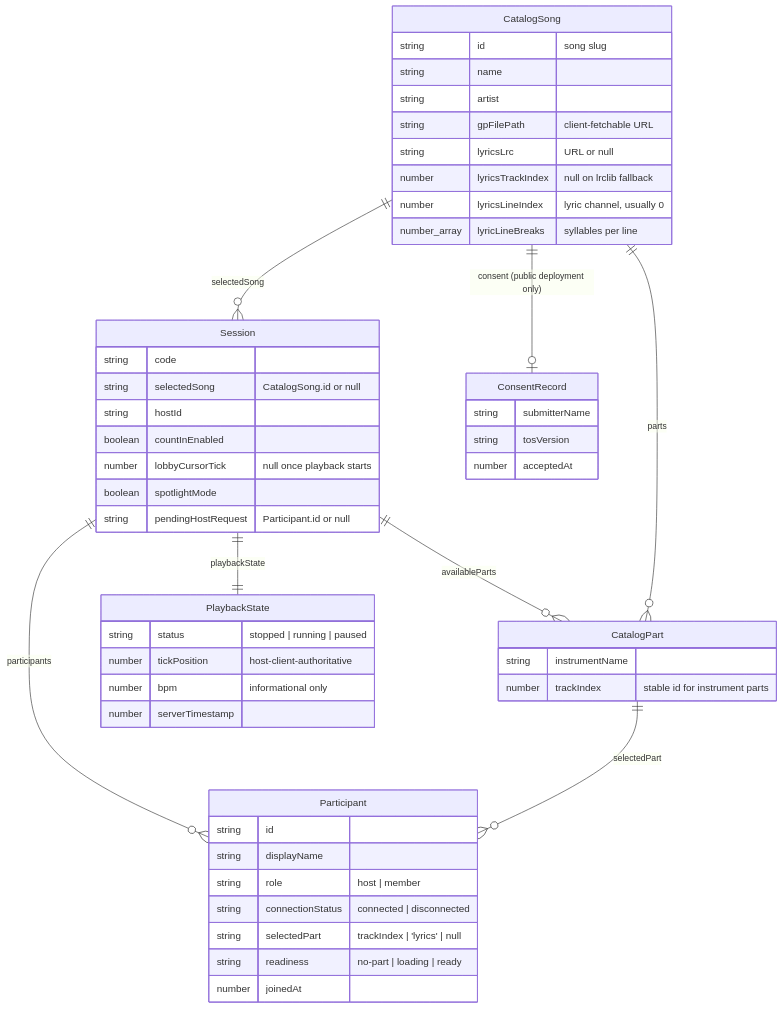
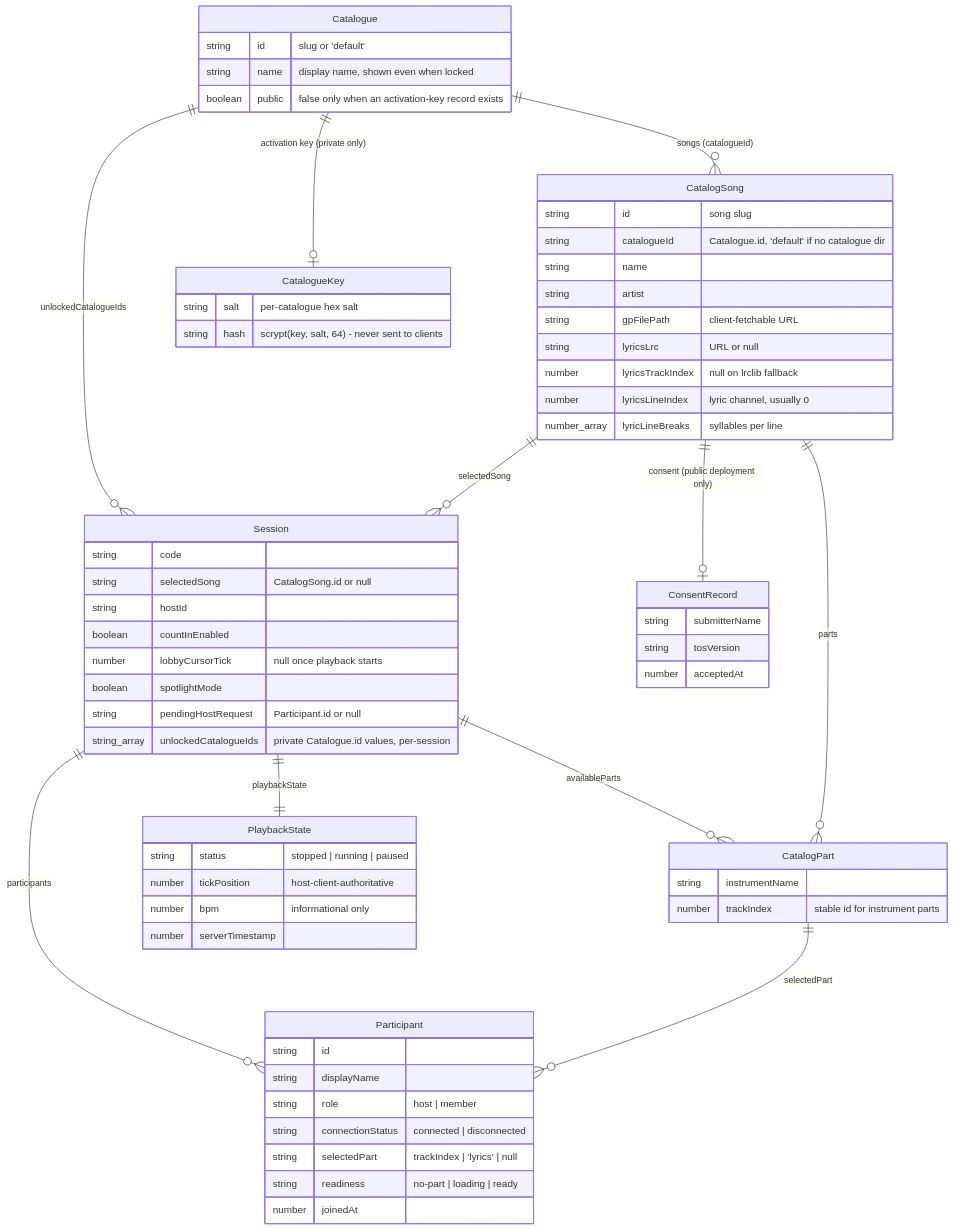
The first of 3 diagrams in README.md (kinda-bad/sync-tab-scroll), drawn with Mermaid before and after one commit. The commit also changed other lines of this file and 3 other files, not shown here.

First line of the commit message:
docs(readme): re-render datamodel/infrastructure/ui diagrams for catalogue access

````diff
--- a/README.md
+++ b/README.md
@@ -187,59 +187,75 @@
 ```mermaid
 erDiagram
+    Catalogue ||--o{ CatalogSong : "songs (catalogueId)"
+    Catalogue ||--o| CatalogueKey : "activation key (private only)"
+    Catalogue ||--o{ Session : "unlockedCatalogueIds"
     Session ||--o{ Participant : "participants"
     Session ||--o{ CatalogPart : "availableParts"
     Session ||--|| PlaybackState : "playbackState"
     CatalogSong ||--o{ CatalogPart : "parts"
     CatalogSong ||--o{ Session : "selectedSong"
     CatalogPart ||--o{ Participant : "selectedPart"
     CatalogSong ||--o| ConsentRecord : "consent (public deployment only)"
+
+    Catalogue {
+        string id "slug or 'default'"
+        string name "display name, shown even when locked"
+        boolean public "false only when an activation-key record exists"
+    }
+
+    CatalogueKey {
+        string salt "per-catalogue hex salt"
+        string hash "scrypt(key, salt, 64) - never sent to clients"
+    }
 
     Session {
         string code
         string selectedSong "CatalogSong.id or null"
         string hostId
         boolean countInEnabled
         number lobbyCursorTick "null once playback starts"
         boolean spotlightMode
         string pendingHostRequest "Participant.id or null"
+        string_array unlockedCatalogueIds "private Catalogue.id values, per-session"
     }
 
     Participant {
         string id
         string displayName
         string role "host | member"
         string connectionStatus "connected | disconnected"
         string selectedPart "trackIndex | 'lyrics' | null"
         string readiness "no-part | loading | ready"
         number joinedAt
     }
 
     CatalogSong {
         string id "song slug"
+        string catalogueId "Catalogue.id, 'default' if no catalogue dir"
         string name
         string artist
         string gpFilePath "client-fetchable URL"
         string lyricsLrc "URL or null"
         number lyricsTrackIndex "null on lrclib fallback"
         number lyricsLineIndex "lyric channel, usually 0"
         number_array lyricLineBreaks "syllables per line"
     }
 
     CatalogPart {
         string instrumentName
         number trackIndex "stable id for instrument parts"
     }
 
     PlaybackState {
         string status "stopped | running | paused"
         number tickPosition "host-client-authoritative"
         number bpm "informational only"
         number serverTimestamp
     }
 
     ConsentRecord {
         string submitterName
         string tosVersion
         number acceptedAt
     }
 ```
````
